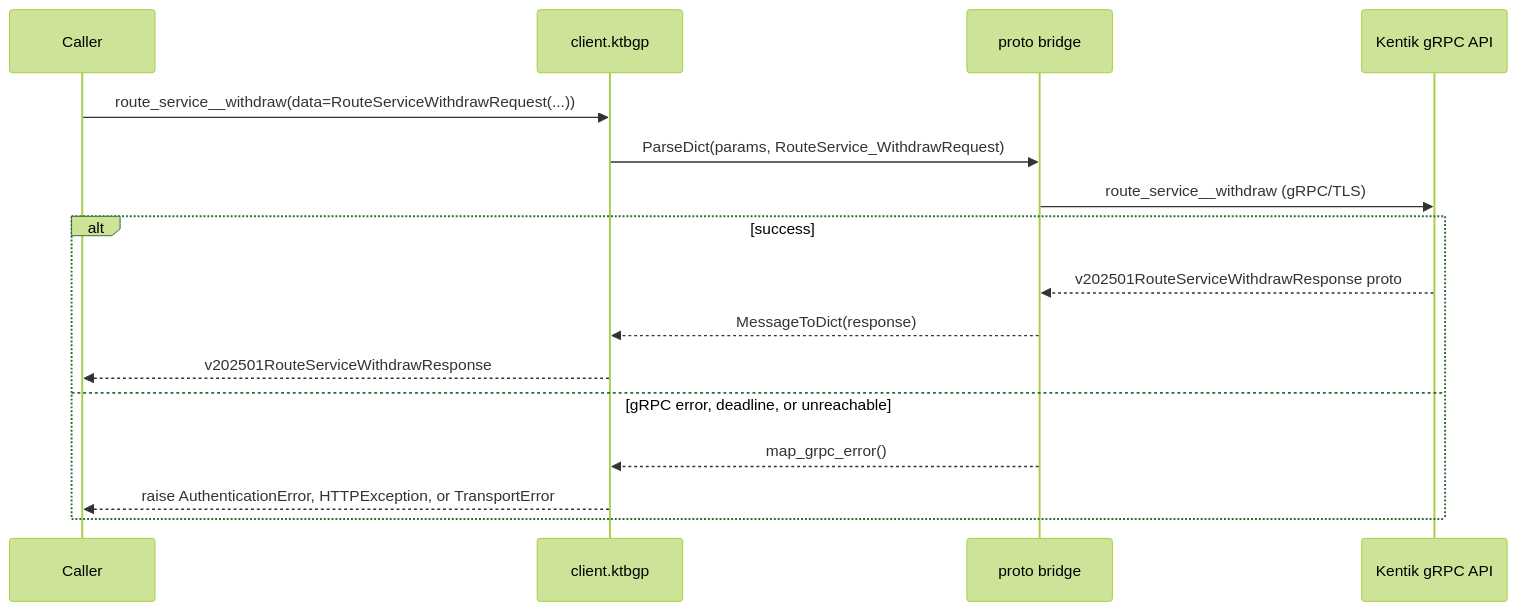
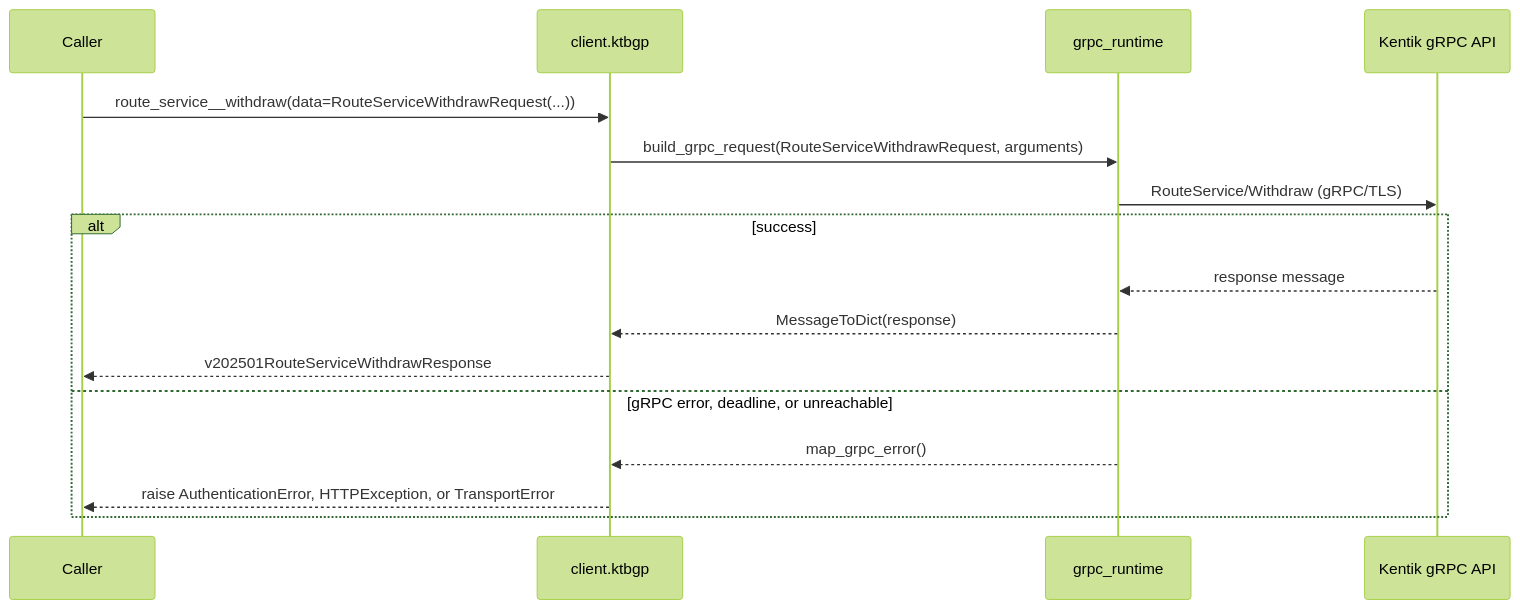
The seventh of 8 diagrams in docs/sphinx/services/ktbgp.md (alexdearaujo/community_sdk_python), drawn with Mermaid (forest theme) before and after one commit. The commit also changed other lines of this file and 37 other files, not shown here.

First line of the commit message:
docs: show the real RPC in each service page's gRPC diagram

````diff
--- a/docs/sphinx/services/ktbgp.md
+++ b/docs/sphinx/services/ktbgp.md
@@ -205,19 +205,19 @@
 ```mermaid
 sequenceDiagram
     participant C as Caller
     participant W as client.ktbgp
-    participant B as proto bridge
+    participant R as grpc_runtime
     participant API as Kentik gRPC API
 
     C->>W: route_service__withdraw(data=RouteServiceWithdrawRequest(...))
-    W->>B: ParseDict(params, RouteService_WithdrawRequest)
-    B->>API: route_service__withdraw (gRPC/TLS)
+    W->>R: build_grpc_request(RouteServiceWithdrawRequest, arguments)
+    R->>API: RouteService/Withdraw (gRPC/TLS)
     alt success
-        API-->>B: v202501RouteServiceWithdrawResponse proto
-        B-->>W: MessageToDict(response)
+        API-->>R: response message
+        R-->>W: MessageToDict(response)
         W-->>C: v202501RouteServiceWithdrawResponse
     else gRPC error, deadline, or unreachable
-        B-->>W: map_grpc_error()
+        R-->>W: map_grpc_error()
         W-->>C: raise AuthenticationError, HTTPException, or TransportError
     end
 ```
````
